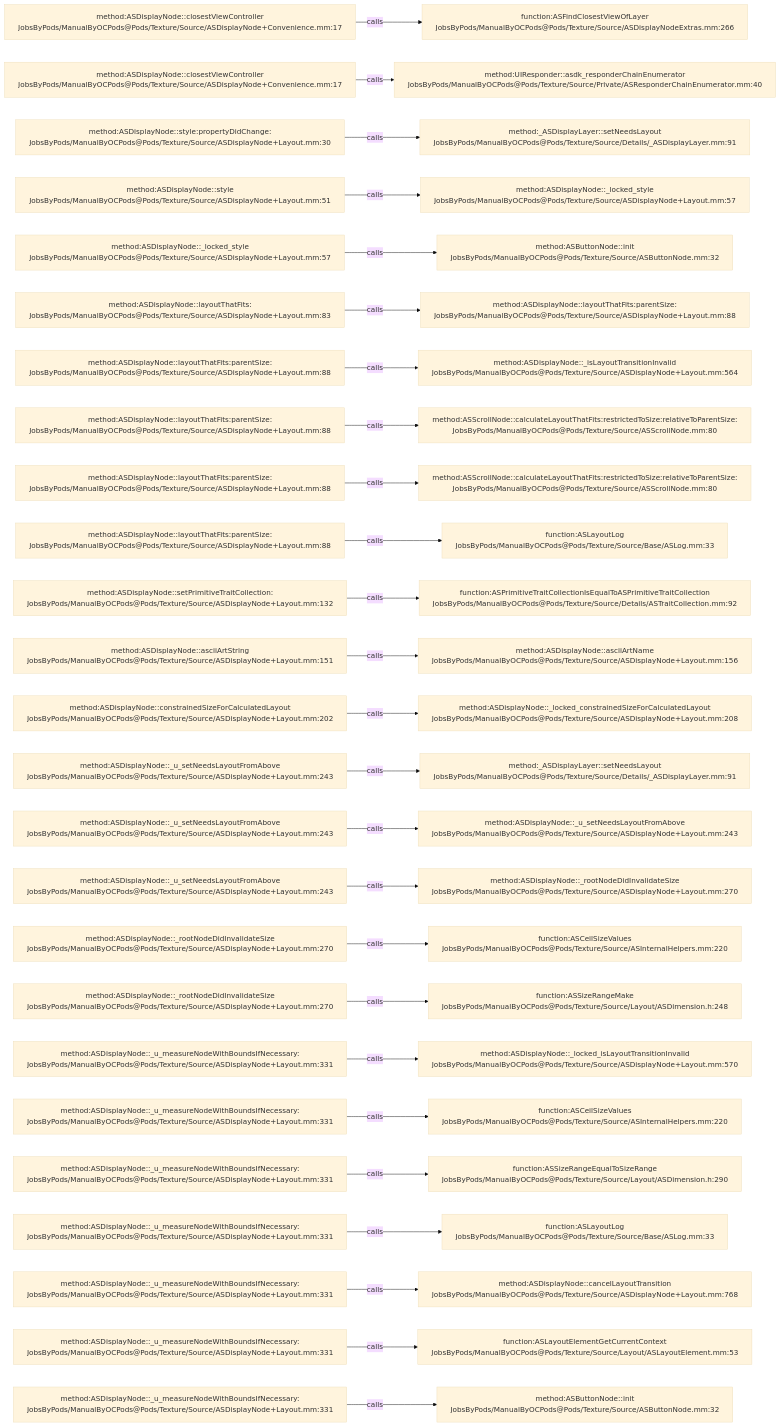
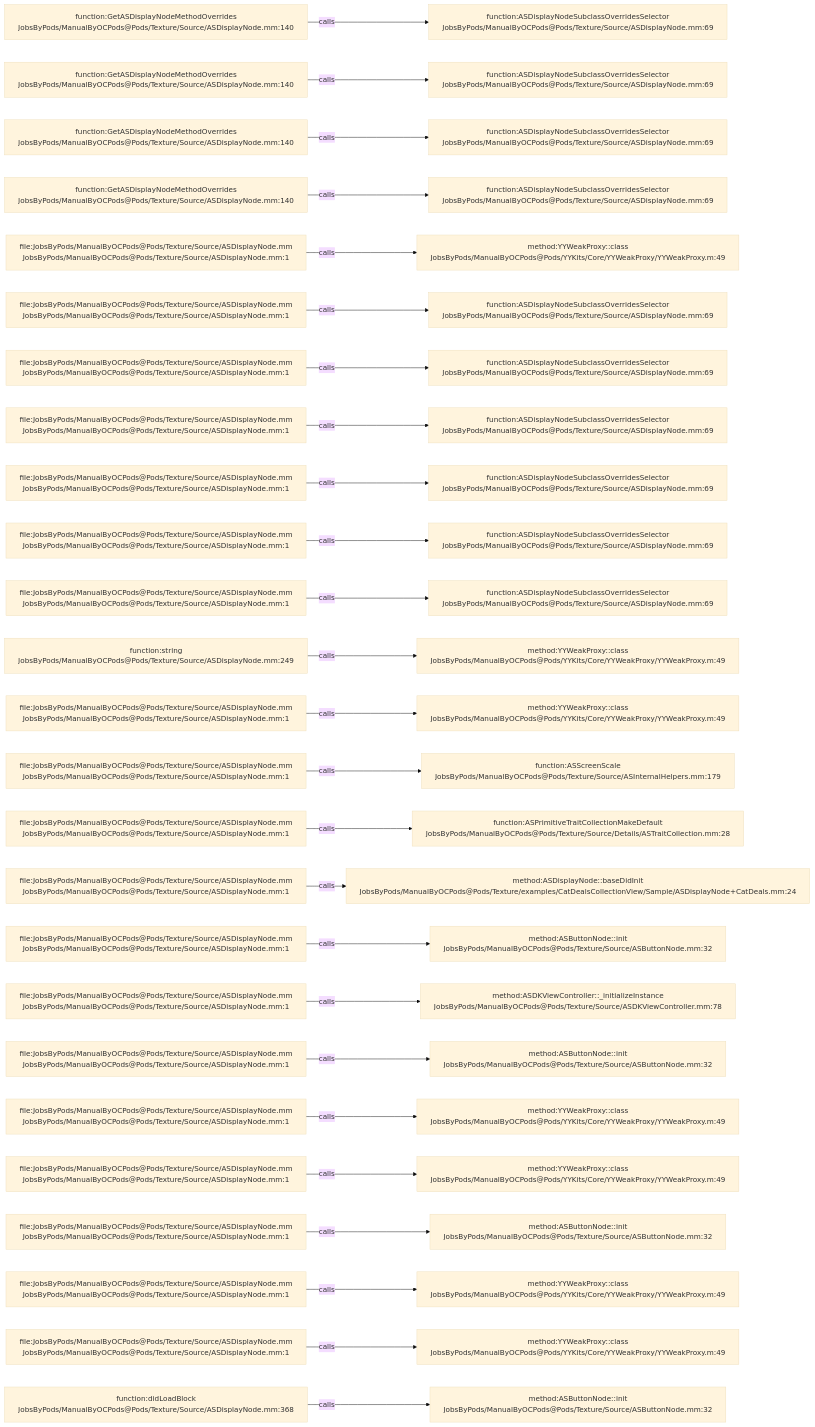
The diagram in .codegraph/codegraph.md/graphs/calls-098.md (JobsKits/JobsOCBaseConfigDemo), drawn with Mermaid (base theme) before and after one commit. The commit also changed 1223 other files, not shown here.

````diff
--- a/.codegraph/codegraph.md/graphs/calls-098.md
+++ b/.codegraph/codegraph.md/graphs/calls-098.md
@@ -13,78 +13,78 @@
 ```mermaid
 flowchart LR
-  S1["method:ASDisplayNode::closestViewController<br/>JobsByPods/ManualByOCPods@Pods/Texture/Source/ASDisplayNode+Convenience.mm:17"]
-  T1["function:ASFindClosestViewOfLayer<br/>JobsByPods/ManualByOCPods@Pods/Texture/Source/ASDisplayNodeExtras.mm:266"]
+  S1["function:GetASDisplayNodeMethodOverrides<br/>JobsByPods/ManualByOCPods@Pods/Texture/Source/ASDisplayNode.mm:140"]
+  T1["function:ASDisplayNodeSubclassOverridesSelector<br/>JobsByPods/ManualByOCPods@Pods/Texture/Source/ASDisplayNode.mm:69"]
   S1 -->|calls| T1
-  S2["method:ASDisplayNode::closestViewController<br/>JobsByPods/ManualByOCPods@Pods/Texture/Source/ASDisplayNode+Convenience.mm:17"]
-  T2["method:UIResponder::asdk_responderChainEnumerator<br/>JobsByPods/ManualByOCPods@Pods/Texture/Source/Private/ASResponderChainEnumerator.mm:40"]
+  S2["function:GetASDisplayNodeMethodOverrides<br/>JobsByPods/ManualByOCPods@Pods/Texture/Source/ASDisplayNode.mm:140"]
+  T2["function:ASDisplayNodeSubclassOverridesSelector<br/>JobsByPods/ManualByOCPods@Pods/Texture/Source/ASDisplayNode.mm:69"]
   S2 -->|calls| T2
-  S3["method:ASDisplayNode::style:propertyDidChange:<br/>JobsByPods/ManualByOCPods@Pods/Texture/Source/ASDisplayNode+Layout.mm:30"]
-  T3["method:_ASDisplayLayer::setNeedsLayout<br/>JobsByPods/ManualByOCPods@Pods/Texture/Source/Details/_ASDisplayLayer.mm:91"]
+  S3["function:GetASDisplayNodeMethodOverrides<br/>JobsByPods/ManualByOCPods@Pods/Texture/Source/ASDisplayNode.mm:140"]
+  T3["function:ASDisplayNodeSubclassOverridesSelector<br/>JobsByPods/ManualByOCPods@Pods/Texture/Source/ASDisplayNode.mm:69"]
   S3 -->|calls| T3
-  S4["method:ASDisplayNode::style<br/>JobsByPods/ManualByOCPods@Pods/Texture/Source/ASDisplayNode+Layout.mm:51"]
-  T4["method:ASDisplayNode::_locked_style<br/>JobsByPods/ManualByOCPods@Pods/Texture/Source/ASDisplayNode+Layout.mm:57"]
+  S4["function:GetASDisplayNodeMethodOverrides<br/>JobsByPods/ManualByOCPods@Pods/Texture/Source/ASDisplayNode.mm:140"]
+  T4["function:ASDisplayNodeSubclassOverridesSelector<br/>JobsByPods/ManualByOCPods@Pods/Texture/Source/ASDisplayNode.mm:69"]
   S4 -->|calls| T4
-  S5["method:ASDisplayNode::_locked_style<br/>JobsByPods/ManualByOCPods@Pods/Texture/Source/ASDisplayNode+Layout.mm:57"]
-  T5["method:ASButtonNode::init<br/>JobsByPods/ManualByOCPods@Pods/Texture/Source/ASButtonNode.mm:32"]
+  S5["file:JobsByPods/ManualByOCPods@Pods/Texture/Source/ASDisplayNode.mm<br/>JobsByPods/ManualByOCPods@Pods/Texture/Source/ASDisplayNode.mm:1"]
+  T5["method:YYWeakProxy::class<br/>JobsByPods/ManualByOCPods@Pods/YYKits/Core/YYWeakProxy/YYWeakProxy.m:49"]
   S5 -->|calls| T5
-  S6["method:ASDisplayNode::layoutThatFits:<br/>JobsByPods/ManualByOCPods@Pods/Texture/Source/ASDisplayNode+Layout.mm:83"]
-  T6["method:ASDisplayNode::layoutThatFits:parentSize:<br/>JobsByPods/ManualByOCPods@Pods/Texture/Source/ASDisplayNode+Layout.mm:88"]
+  S6["file:JobsByPods/ManualByOCPods@Pods/Texture/Source/ASDisplayNode.mm<br/>JobsByPods/ManualByOCPods@Pods/Texture/Source/ASDisplayNode.mm:1"]
+  T6["function:ASDisplayNodeSubclassOverridesSelector<br/>JobsByPods/ManualByOCPods@Pods/Texture/Source/ASDisplayNode.mm:69"]
   S6 -->|calls| T6
-  S7["method:ASDisplayNode::layoutThatFits:parentSize:<br/>JobsByPods/ManualByOCPods@Pods/Texture/Source/ASDisplayNode+Layout.mm:88"]
-  T7["method:ASDisplayNode::_isLayoutTransitionInvalid<br/>JobsByPods/ManualByOCPods@Pods/Texture/Source/ASDisplayNode+Layout.mm:564"]
+  S7["file:JobsByPods/ManualByOCPods@Pods/Texture/Source/ASDisplayNode.mm<br/>JobsByPods/ManualByOCPods@Pods/Texture/Source/ASDisplayNode.mm:1"]
+  T7["function:ASDisplayNodeSubclassOverridesSelector<br/>JobsByPods/ManualByOCPods@Pods/Texture/Source/ASDisplayNode.mm:69"]
   S7 -->|calls| T7
-  S8["method:ASDisplayNode::layoutThatFits:parentSize:<br/>JobsByPods/ManualByOCPods@Pods/Texture/Source/ASDisplayNode+Layout.mm:88"]
-  T8["method:ASScrollNode::calculateLayoutThatFits:restrictedToSize:relativeToParentSize:<br/>JobsByPods/ManualByOCPods@Pods/Texture/Source/ASScrollNode.mm:80"]
+  S8["file:JobsByPods/ManualByOCPods@Pods/Texture/Source/ASDisplayNode.mm<br/>JobsByPods/ManualByOCPods@Pods/Texture/Source/ASDisplayNode.mm:1"]
+  T8["function:ASDisplayNodeSubclassOverridesSelector<br/>JobsByPods/ManualByOCPods@Pods/Texture/Source/ASDisplayNode.mm:69"]
   S8 -->|calls| T8
-  S9["method:ASDisplayNode::layoutThatFits:parentSize:<br/>JobsByPods/ManualByOCPods@Pods/Texture/Source/ASDisplayNode+Layout.mm:88"]
-  T9["method:ASScrollNode::calculateLayoutThatFits:restrictedToSize:relativeToParentSize:<br/>JobsByPods/ManualByOCPods@Pods/Texture/Source/ASScrollNode.mm:80"]
+  S9["file:JobsByPods/ManualByOCPods@Pods/Texture/Source/ASDisplayNode.mm<br/>JobsByPods/ManualByOCPods@Pods/Texture/Source/ASDisplayNode.mm:1"]
+  T9["function:ASDisplayNodeSubclassOverridesSelector<br/>JobsByPods/ManualByOCPods@Pods/Texture/Source/ASDisplayNode.mm:69"]
   S9 -->|calls| T9
-  S10["method:ASDisplayNode::layoutThatFits:parentSize:<br/>JobsByPods/ManualByOCPods@Pods/Texture/Source/ASDisplayNode+Layout.mm:88"]
-  T10["function:ASLayoutLog<br/>JobsByPods/ManualByOCPods@Pods/Texture/Source/Base/ASLog.mm:33"]
+  S10["file:JobsByPods/ManualByOCPods@Pods/Texture/Source/ASDisplayNode.mm<br/>JobsByPods/ManualByOCPods@Pods/Texture/Source/ASDisplayNode.mm:1"]
+  T10["function:ASDisplayNodeSubclassOverridesSelector<br/>JobsByPods/ManualByOCPods@Pods/Texture/Source/ASDisplayNode.mm:69"]
   S10 -->|calls| T10
-  S11["method:ASDisplayNode::setPrimitiveTraitCollection:<br/>JobsByPods/ManualByOCPods@Pods/Texture/Source/ASDisplayNode+Layout.mm:132"]
-  T11["function:ASPrimitiveTraitCollectionIsEqualToASPrimitiveTraitCollection<br/>JobsByPods/ManualByOCPods@Pods/Texture/Source/Details/ASTraitCollection.mm:92"]
+  S11["file:JobsByPods/ManualByOCPods@Pods/Texture/Source/ASDisplayNode.mm<br/>JobsByPods/ManualByOCPods@Pods/Texture/Source/ASDisplayNode.mm:1"]
+  T11["function:ASDisplayNodeSubclassOverridesSelector<br/>JobsByPods/ManualByOCPods@Pods/Texture/Source/ASDisplayNode.mm:69"]
   S11 -->|calls| T11
-  S12["method:ASDisplayNode::asciiArtString<br/>JobsByPods/ManualByOCPods@Pods/Texture/Source/ASDisplayNode+Layout.mm:151"]
-  T12["method:ASDisplayNode::asciiArtName<br/>JobsByPods/ManualByOCPods@Pods/Texture/Source/ASDisplayNode+Layout.mm:156"]
+  S12["function:string<br/>JobsByPods/ManualByOCPods@Pods/Texture/Source/ASDisplayNode.mm:249"]
+  T12["method:YYWeakProxy::class<br/>JobsByPods/ManualByOCPods@Pods/YYKits/Core/YYWeakProxy/YYWeakProxy.m:49"]
   S12 -->|calls| T12
-  S13["method:ASDisplayNode::constrainedSizeForCalculatedLayout<br/>JobsByPods/ManualByOCPods@Pods/Texture/Source/ASDisplayNode+Layout.mm:202"]
-  T13["method:ASDisplayNode::_locked_constrainedSizeForCalculatedLayout<br/>JobsByPods/ManualByOCPods@Pods/Texture/Source/ASDisplayNode+Layout.mm:208"]
+  S13["file:JobsByPods/ManualByOCPods@Pods/Texture/Source/ASDisplayNode.mm<br/>JobsByPods/ManualByOCPods@Pods/Texture/Source/ASDisplayNode.mm:1"]
+  T13["method:YYWeakProxy::class<br/>JobsByPods/ManualByOCPods@Pods/YYKits/Core/YYWeakProxy/YYWeakProxy.m:49"]
   S13 -->|calls| T13
-  S14["method:ASDisplayNode::_u_setNeedsLayoutFromAbove<br/>JobsByPods/ManualByOCPods@Pods/Texture/Source/ASDisplayNode+Layout.mm:243"]
-  T14["method:_ASDisplayLayer::setNeedsLayout<br/>JobsByPods/ManualByOCPods@Pods/Texture/Source/Details/_ASDisplayLayer.mm:91"]
+  S14["file:JobsByPods/ManualByOCPods@Pods/Texture/Source/ASDisplayNode.mm<br/>JobsByPods/ManualByOCPods@Pods/Texture/Source/ASDisplayNode.mm:1"]
+  T14["function:ASScreenScale<br/>JobsByPods/ManualByOCPods@Pods/Texture/Source/ASInternalHelpers.mm:179"]
   S14 -->|calls| T14
-  S15["method:ASDisplayNode::_u_setNeedsLayoutFromAbove<br/>JobsByPods/ManualByOCPods@Pods/Texture/Source/ASDisplayNode+Layout.mm:243"]
-  T15["method:ASDisplayNode::_u_setNeedsLayoutFromAbove<br/>JobsByPods/ManualByOCPods@Pods/Texture/Source/ASDisplayNode+Layout.mm:243"]
+  S15["file:JobsByPods/ManualByOCPods@Pods/Texture/Source/ASDisplayNode.mm<br/>JobsByPods/ManualByOCPods@Pods/Texture/Source/ASDisplayNode.mm:1"]
+  T15["function:ASPrimitiveTraitCollectionMakeDefault<br/>JobsByPods/ManualByOCPods@Pods/Texture/Source/Details/ASTraitCollection.mm:28"]
   S15 -->|calls| T15
-  S16["method:ASDisplayNode::_u_setNeedsLayoutFromAbove<br/>JobsByPods/ManualByOCPods@Pods/Texture/Source/ASDisplayNode+Layout.mm:243"]
-  T16["method:ASDisplayNode::_rootNodeDidInvalidateSize<br/>JobsByPods/ManualByOCPods@Pods/Texture/Source/ASDisplayNode+Layout.mm:270"]
+  S16["file:JobsByPods/ManualByOCPods@Pods/Texture/Source/ASDisplayNode.mm<br/>JobsByPods/ManualByOCPods@Pods/Texture/Source/ASDisplayNode.mm:1"]
+  T16["method:ASDisplayNode::baseDidInit<br/>JobsByPods/ManualByOCPods@Pods/Texture/examples/CatDealsCollectionView/Sample/ASDisplayNode+CatDeals.mm:24"]
   S16 -->|calls| T16
-  S17["method:ASDisplayNode::_rootNodeDidInvalidateSize<br/>JobsByPods/ManualByOCPods@Pods/Texture/Source/ASDisplayNode+Layout.mm:270"]
-  T17["function:ASCeilSizeValues<br/>JobsByPods/ManualByOCPods@Pods/Texture/Source/ASInternalHelpers.mm:220"]
+  S17["file:JobsByPods/ManualByOCPods@Pods/Texture/Source/ASDisplayNode.mm<br/>JobsByPods/ManualByOCPods@Pods/Texture/Source/ASDisplayNode.mm:1"]
+  T17["method:ASButtonNode::init<br/>JobsByPods/ManualByOCPods@Pods/Texture/Source/ASButtonNode.mm:32"]
   S17 -->|calls| T17
-  S18["method:ASDisplayNode::_rootNodeDidInvalidateSize<br/>JobsByPods/ManualByOCPods@Pods/Texture/Source/ASDisplayNode+Layout.mm:270"]
-  T18["function:ASSizeRangeMake<br/>JobsByPods/ManualByOCPods@Pods/Texture/Source/Layout/ASDimension.h:248"]
+  S18["file:JobsByPods/ManualByOCPods@Pods/Texture/Source/ASDisplayNode.mm<br/>JobsByPods/ManualByOCPods@Pods/Texture/Source/ASDisplayNode.mm:1"]
+  T18["method:ASDKViewController::_initializeInstance<br/>JobsByPods/ManualByOCPods@Pods/Texture/Source/ASDKViewController.mm:78"]
   S18 -->|calls| T18
-  S19["method:ASDisplayNode::_u_measureNodeWithBoundsIfNecessary:<br/>JobsByPods/ManualByOCPods@Pods/Texture/Source/ASDisplayNode+Layout.mm:331"]
-  T19["method:ASDisplayNode::_locked_isLayoutTransitionInvalid<br/>JobsByPods/ManualByOCPods@Pods/Texture/Source/ASDisplayNode+Layout.mm:570"]
+  S19["file:JobsByPods/ManualByOCPods@Pods/Texture/Source/ASDisplayNode.mm<br/>JobsByPods/ManualByOCPods@Pods/Texture/Source/ASDisplayNode.mm:1"]
+  T19["method:ASButtonNode::init<br/>JobsByPods/ManualByOCPods@Pods/Texture/Source/ASButtonNode.mm:32"]
   S19 -->|calls| T19
-  S20["method:ASDisplayNode::_u_measureNodeWithBoundsIfNecessary:<br/>JobsByPods/ManualByOCPods@Pods/Texture/Source/ASDisplayNode+Layout.mm:331"]
-  T20["function:ASCeilSizeValues<br/>JobsByPods/ManualByOCPods@Pods/Texture/Source/ASInternalHelpers.mm:220"]
+  S20["file:JobsByPods/ManualByOCPods@Pods/Texture/Source/ASDisplayNode.mm<br/>JobsByPods/ManualByOCPods@Pods/Texture/Source/ASDisplayNode.mm:1"]
+  T20["method:YYWeakProxy::class<br/>JobsByPods/ManualByOCPods@Pods/YYKits/Core/YYWeakProxy/YYWeakProxy.m:49"]
   S20 -->|calls| T20
-  S21["method:ASDisplayNode::_u_measureNodeWithBoundsIfNecessary:<br/>JobsByPods/ManualByOCPods@Pods/Texture/Source/ASDisplayNode+Layout.mm:331"]
-  T21["function:ASSizeRangeEqualToSizeRange<br/>JobsByPods/ManualByOCPods@Pods/Texture/Source/Layout/ASDimension.h:290"]
+  S21["file:JobsByPods/ManualByOCPods@Pods/Texture/Source/ASDisplayNode.mm<br/>JobsByPods/ManualByOCPods@Pods/Texture/Source/ASDisplayNode.mm:1"]
+  T21["method:YYWeakProxy::class<br/>JobsByPods/ManualByOCPods@Pods/YYKits/Core/YYWeakProxy/YYWeakProxy.m:49"]
   S21 -->|calls| T21
-  S22["method:ASDisplayNode::_u_measureNodeWithBoundsIfNecessary:<br/>JobsByPods/ManualByOCPods@Pods/Texture/Source/ASDisplayNode+Layout.mm:331"]
-  T22["function:ASLayoutLog<br/>JobsByPods/ManualByOCPods@Pods/Texture/Source/Base/ASLog.mm:33"]
+  S22["file:JobsByPods/ManualByOCPods@Pods/Texture/Source/ASDisplayNode.mm<br/>JobsByPods/ManualByOCPods@Pods/Texture/Source/ASDisplayNode.mm:1"]
+  T22["method:ASButtonNode::init<br/>JobsByPods/ManualByOCPods@Pods/Texture/Source/ASButtonNode.mm:32"]
   S22 -->|calls| T22
-  S23["method:ASDisplayNode::_u_measureNodeWithBoundsIfNecessary:<br/>JobsByPods/ManualByOCPods@Pods/Texture/Source/ASDisplayNode+Layout.mm:331"]
-  T23["method:ASDisplayNode::cancelLayoutTransition<br/>JobsByPods/ManualByOCPods@Pods/Texture/Source/ASDisplayNode+Layout.mm:768"]
+  S23["file:JobsByPods/ManualByOCPods@Pods/Texture/Source/ASDisplayNode.mm<br/>JobsByPods/ManualByOCPods@Pods/Texture/Source/ASDisplayNode.mm:1"]
+  T23["method:YYWeakProxy::class<br/>JobsByPods/ManualByOCPods@Pods/YYKits/Core/YYWeakProxy/YYWeakProxy.m:49"]
   S23 -->|calls| T23
-  S24["method:ASDisplayNode::_u_measureNodeWithBoundsIfNecessary:<br/>JobsByPods/ManualByOCPods@Pods/Texture/Source/ASDisplayNode+Layout.mm:331"]
-  T24["function:ASLayoutElementGetCurrentContext<br/>JobsByPods/ManualByOCPods@Pods/Texture/Source/Layout/ASLayoutElement.mm:53"]
+  S24["file:JobsByPods/ManualByOCPods@Pods/Texture/Source/ASDisplayNode.mm<br/>JobsByPods/ManualByOCPods@Pods/Texture/Source/ASDisplayNode.mm:1"]
+  T24["method:YYWeakProxy::class<br/>JobsByPods/ManualByOCPods@Pods/YYKits/Core/YYWeakProxy/YYWeakProxy.m:49"]
   S24 -->|calls| T24
-  S25["method:ASDisplayNode::_u_measureNodeWithBoundsIfNecessary:<br/>JobsByPods/ManualByOCPods@Pods/Texture/Source/ASDisplayNode+Layout.mm:331"]
+  S25["function:didLoadBlock<br/>JobsByPods/ManualByOCPods@Pods/Texture/Source/ASDisplayNode.mm:368"]
   T25["method:ASButtonNode::init<br/>JobsByPods/ManualByOCPods@Pods/Texture/Source/ASButtonNode.mm:32"]
   S25 -->|calls| T25
 ```
````
